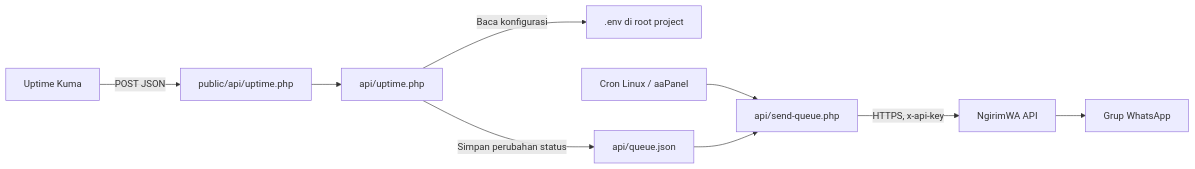
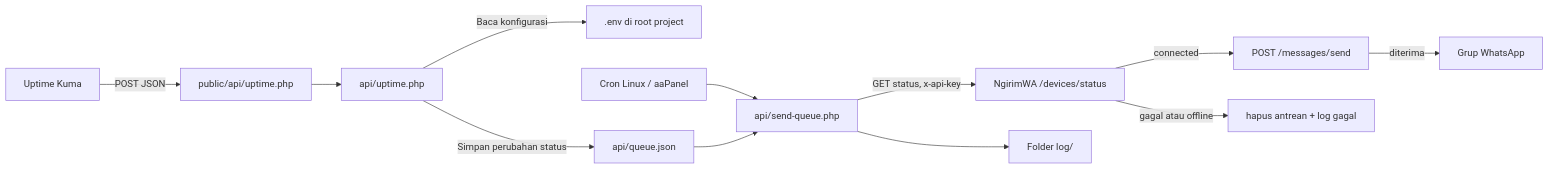
One commit to ekiguistian/webhook_uptimekuma-sendwa changed the diagram in README.md. Above: the diagram before and after it, drawn with Mermaid. The commit also changed other lines of this file and 10 other files, not shown here.

Commit message:
Centralize logs and drop failed WhatsApp queue items

```diff
--- a/README.md
+++ b/README.md
@@ -24,11 +30,14 @@
 ~~~mermaid
 flowchart LR
   Kuma["Uptime Kuma"] -->|POST JSON| Entry["public/api/uptime.php"]
   Entry --> Core["api/uptime.php"]
   Core -->|Baca konfigurasi| Env[".env di root project"]
   Core -->|Simpan perubahan status| Queue["api/queue.json"]
   Cron["Cron Linux / aaPanel"] --> Worker["api/send-queue.php"]
   Queue --> Worker
-  Worker -->|HTTPS, x-api-key| NgirimWA["NgirimWA API"]
-  NgirimWA --> Group["Grup WhatsApp"]
+  Worker -->|GET status, x-api-key| Status["NgirimWA /devices/status"]
+  Status -->|connected| Send["POST /messages/send"]
+  Status -->|gagal atau offline| Failure["hapus antrean + log gagal"]
+  Send -->|diterima| Group["Grup WhatsApp"]
+  Worker --> Logs["Folder log/"]
 ~~~
```
